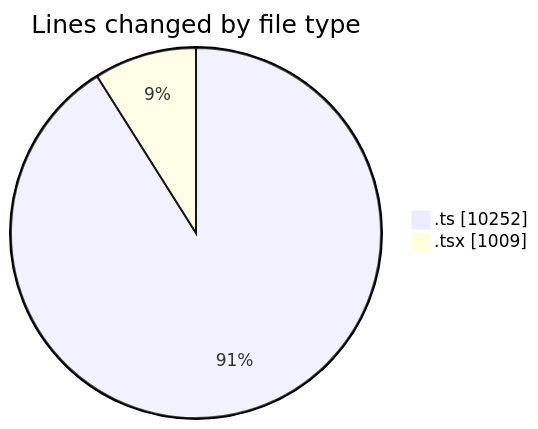
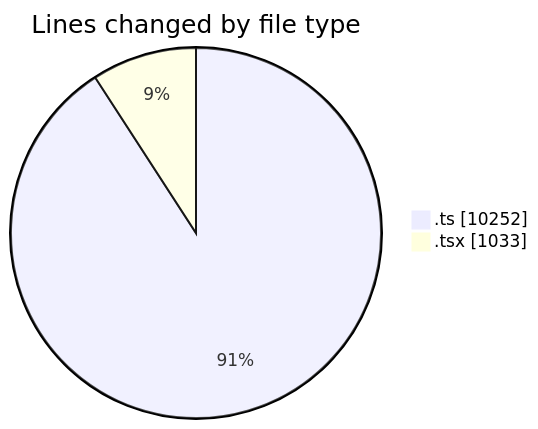
The first of 2 diagrams in 2025-06-23/cda/README.md (momahboobian/code-tracking), drawn with Mermaid before and after one commit. The commit also changed other lines of this file and 1 other file, not shown here.

````diff
--- a/2025-06-23/cda/README.md
+++ b/2025-06-23/cda/README.md
@@ -26,6 +26,6 @@
 ```mermaid
 pie showData
 title Lines changed by file type
 ".ts" : 10252
-".tsx" : 1009
+".tsx" : 1033
 ```
````
